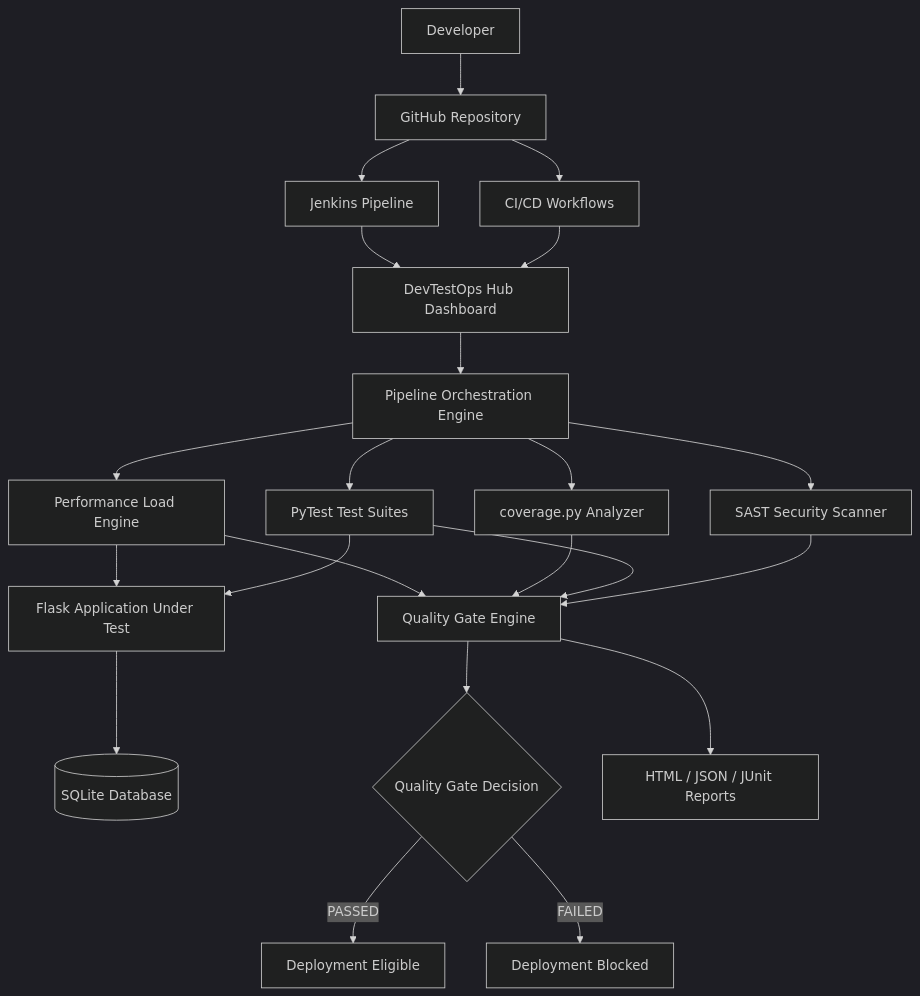
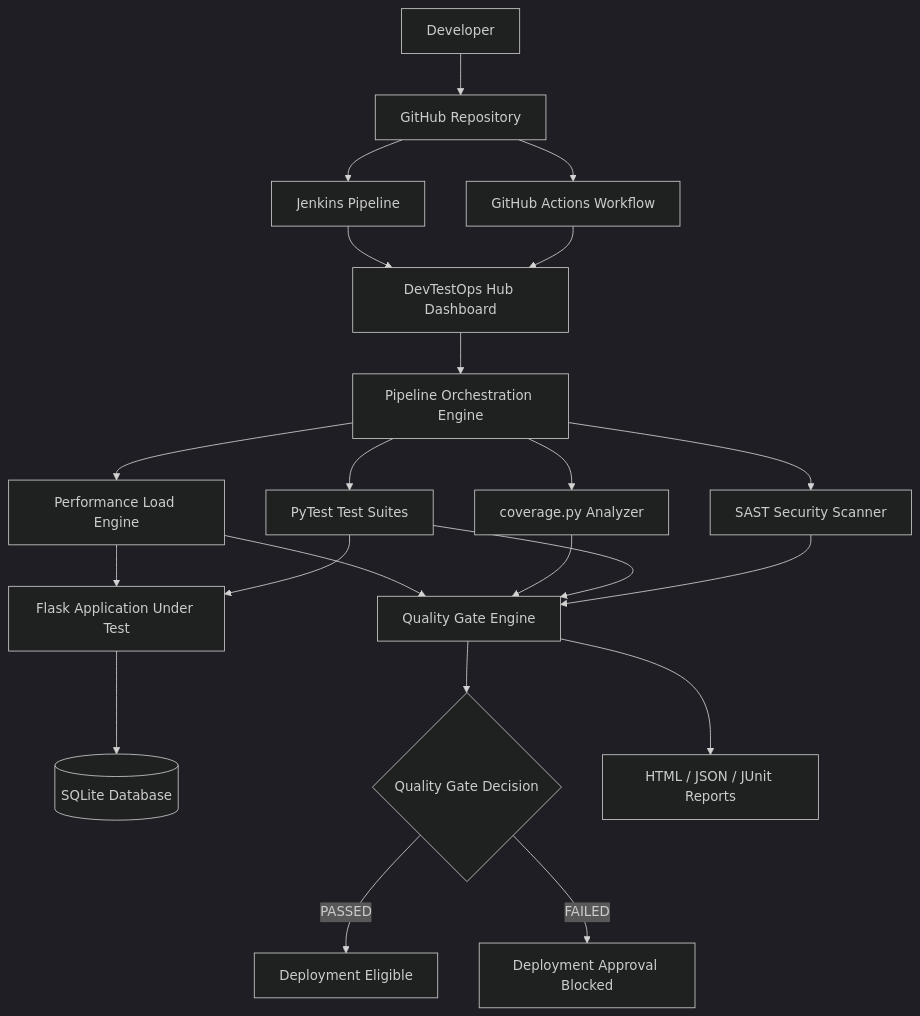
Before and after one commit to klu2300031196/Final_Project: the diagram in README.md, drawn with Mermaid (dark theme). The commit also changed other lines of this file, not shown here.

````diff
--- a/README.md
+++ b/README.md
@@ -31,33 +31,33 @@
 ```mermaid
 flowchart TD
     Dev["Developer"] --> Git["GitHub Repository"]
 
-    Git --> CI["CI/CD Workflows"]
+    Git --> CI["GitHub Actions Workflow"]
     Git --> Jenkins["Jenkins Pipeline"]
 
     CI --> Hub["DevTestOps Hub Dashboard"]
     Jenkins --> Hub
 
     Hub --> Runner["Pipeline Orchestration Engine"]
 
     Runner --> SAST["SAST Security Scanner"]
     Runner --> Tests["PyTest Test Suites"]
     Runner --> Coverage["coverage.py Analyzer"]
     Runner --> Performance["Performance Load Engine"]
 
     Tests --> AUT["Flask Application Under Test"]
     Performance --> AUT
     AUT --> DB[("SQLite Database")]
 
     SAST --> Gate["Quality Gate Engine"]
     Tests --> Gate
     Coverage --> Gate
     Performance --> Gate
 
     Gate --> Decision{"Quality Gate Decision"}
 
     Decision -->|PASSED| Approved["Deployment Eligible"]
-    Decision -->|FAILED| Blocked["Deployment Blocked"]
+    Decision -->|FAILED| Blocked["Deployment Approval Blocked"]
 
     Gate --> Reports["HTML / JSON / JUnit Reports"]
 ```
````
